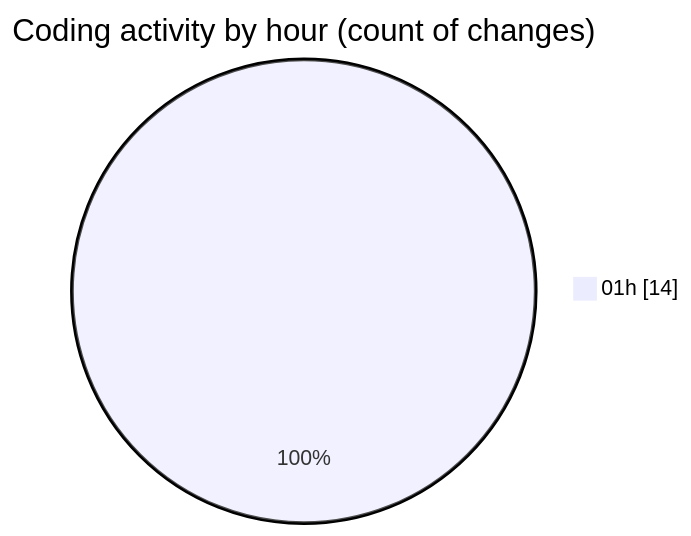
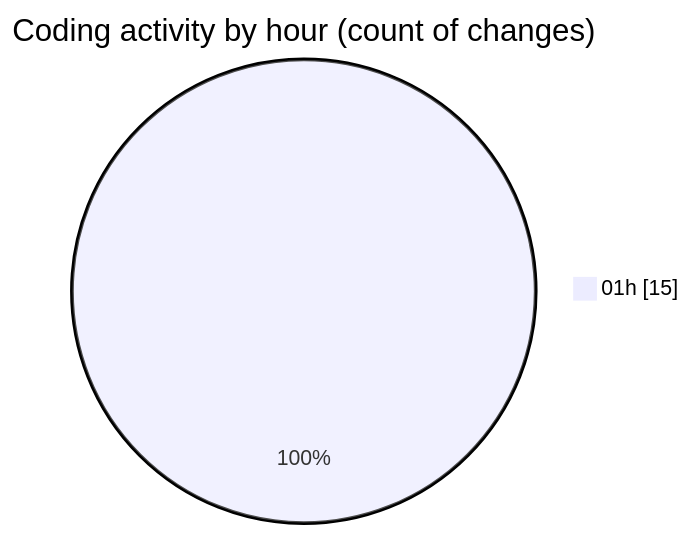
The second of 2 diagrams in 2025-03-09/fakeme/README.md (Elitesun/code-tracking), drawn with Mermaid before and after one commit. The commit also changed other lines of this file and 1 other file, not shown here.

````diff
--- a/2025-03-09/fakeme/README.md
+++ b/2025-03-09/fakeme/README.md
@@ -32,5 +34,5 @@
 ```mermaid
 pie showData
 title Coding activity by hour (count of changes)
-"01h" : 14
+"01h" : 15
 ```
````
